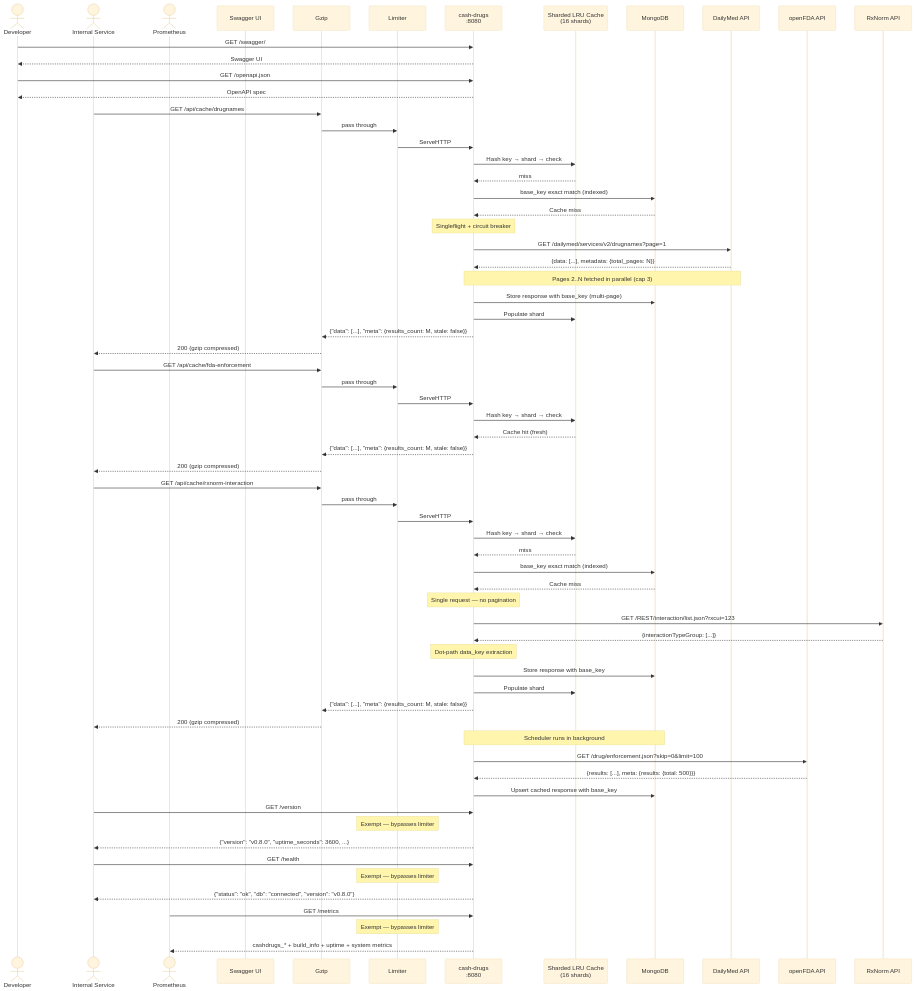
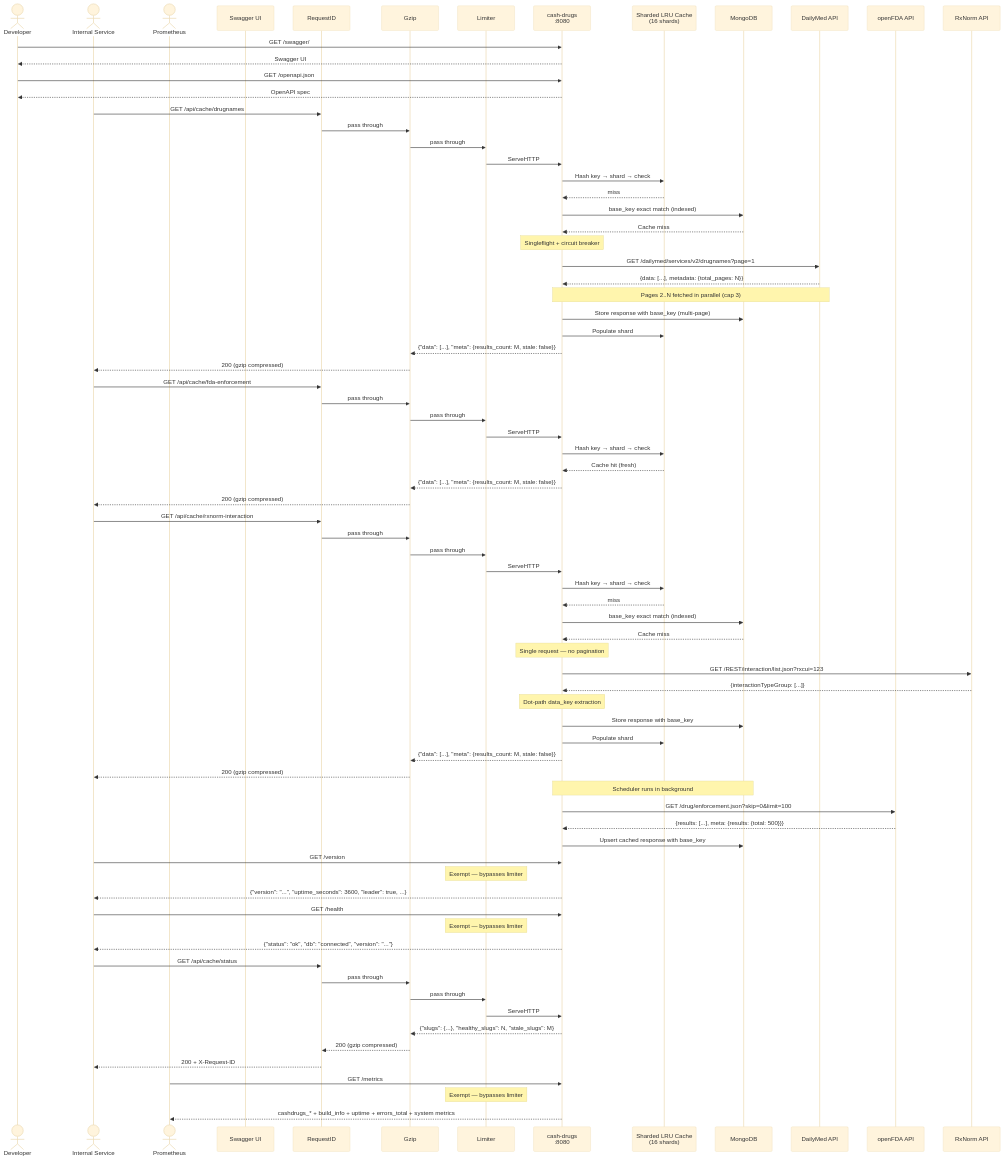
Before and after one commit to finish06/cash-drugs: diagram 21 of 21 in docs/sequence-diagram.md, drawn with Mermaid (base theme). The commit also changed other lines of this file and 31 other files, not shown here.

````diff
--- a/docs/sequence-diagram.md
+++ b/docs/sequence-diagram.md
@@ -645,6 +781,7 @@
     actor Svc as Internal Service
     actor Prom as Prometheus
     participant SW as Swagger UI
+    participant RID as RequestID
     participant GZ as Gzip
     participant LIM as Limiter
     participant CD as cash-drugs<br/>:8080
@@ -659,7 +796,8 @@
     Dev->>CD: GET /openapi.json
     CD-->>Dev: OpenAPI spec
 
-    Svc->>GZ: GET /api/cache/drugnames
+    Svc->>RID: GET /api/cache/drugnames
+    RID->>GZ: pass through
     GZ->>LIM: pass through
     LIM->>CD: ServeHTTP
     CD->>LRU: Hash key → shard → check
@@ -675,7 +813,8 @@
     CD-->>GZ: {"data": [...], "meta": {results_count: M, stale: false}}
     GZ-->>Svc: 200 (gzip compressed)
 
-    Svc->>GZ: GET /api/cache/fda-enforcement
+    Svc->>RID: GET /api/cache/fda-enforcement
+    RID->>GZ: pass through
     GZ->>LIM: pass through
     LIM->>CD: ServeHTTP
     CD->>LRU: Hash key → shard → check
@@ -683,7 +822,8 @@
     CD-->>GZ: {"data": [...], "meta": {results_count: M, stale: false}}
     GZ-->>Svc: 200 (gzip compressed)
 
-    Svc->>GZ: GET /api/cache/rxnorm-interaction
+    Svc->>RID: GET /api/cache/rxnorm-interaction
+    RID->>GZ: pass through
     GZ->>LIM: pass through
     LIM->>CD: ServeHTTP
     CD->>LRU: Hash key → shard → check
@@ -706,13 +846,21 @@
 
     Svc->>CD: GET /version
     Note over LIM: Exempt — bypasses limiter
-    CD-->>Svc: {"version": "v0.8.0", "uptime_seconds": 3600, ...}
+    CD-->>Svc: {"version": "...", "uptime_seconds": 3600, "leader": true, ...}
 
     Svc->>CD: GET /health
     Note over LIM: Exempt — bypasses limiter
-    CD-->>Svc: {"status": "ok", "db": "connected", "version": "v0.8.0"}
+    CD-->>Svc: {"status": "ok", "db": "connected", "version": "..."}
+
+    Svc->>RID: GET /api/cache/status
+    RID->>GZ: pass through
+    GZ->>LIM: pass through
+    LIM->>CD: ServeHTTP
+    CD-->>GZ: {"slugs": {...}, "healthy_slugs": N, "stale_slugs": M}
+    GZ-->>RID: 200 (gzip compressed)
+    RID-->>Svc: 200 + X-Request-ID
 
     Prom->>CD: GET /metrics
     Note over LIM: Exempt — bypasses limiter
-    CD-->>Prom: cashdrugs_* + build_info + uptime + system metrics
+    CD-->>Prom: cashdrugs_* + build_info + uptime + errors_total + system metrics
 ```
````
